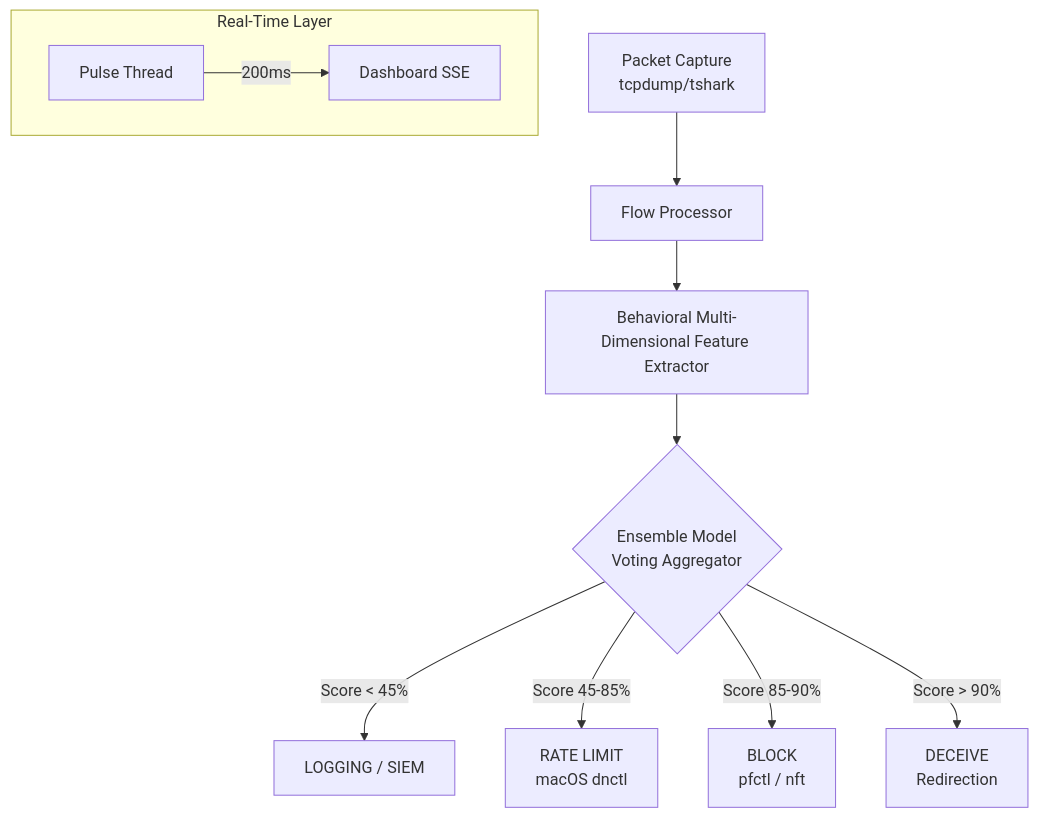
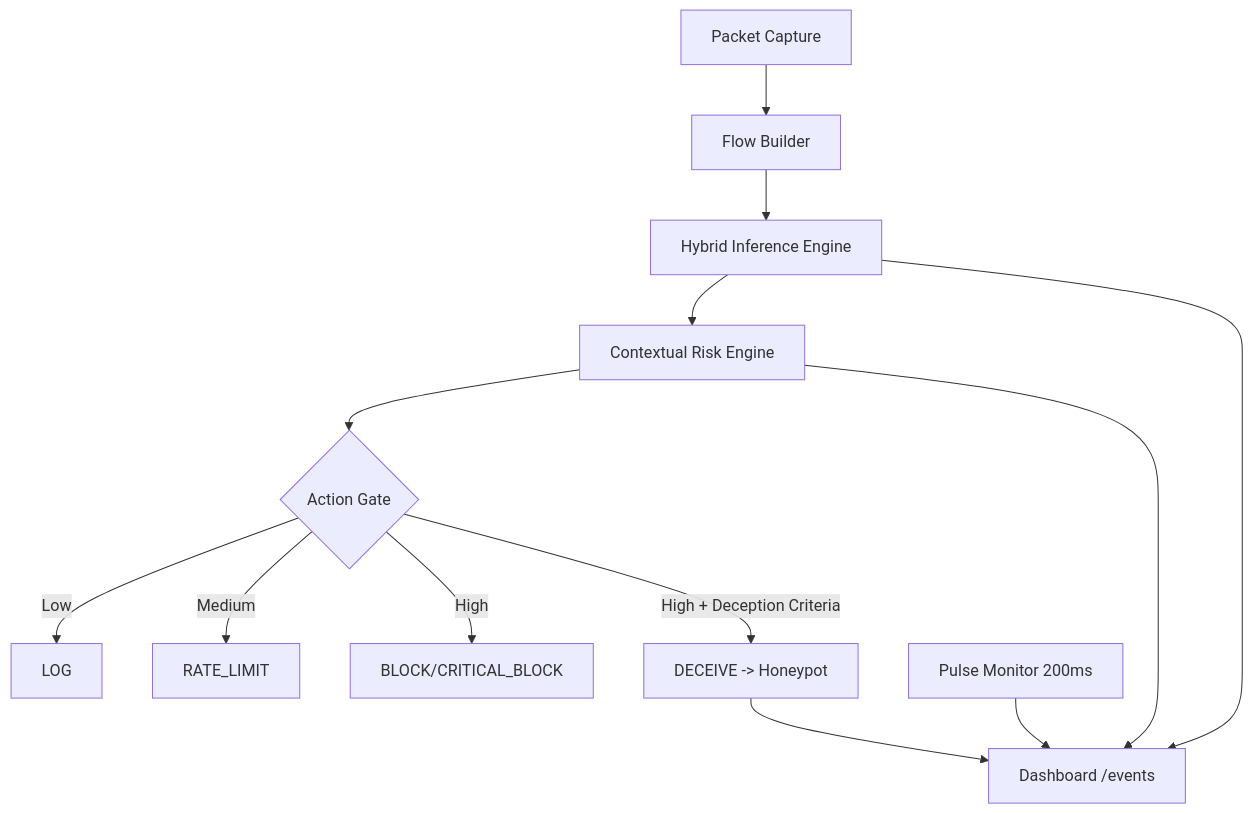
Before and after one commit to marmik/INTELLIGENT-SELF-DEFENDING-NETWORK-FRAMEWORK: the diagram in README.md, drawn with Mermaid. The commit also changed other lines of this file and 52 other files, not shown here.

````diff
--- a/README.md
+++ b/README.md
@@ -34,14 +25,16 @@
 ```mermaid
 graph TD
-    A[Packet Capture <br/> tcpdump/tshark] --> B[Flow Processor]
-    B --> C[Behavioral Multi-Dimensional Feature Extractor]
-    C --> D{Ensemble Model <br/> Voting Aggregator}
-    D -->|Score < 45%| E[LOGGING / SIEM]
-    D -->|Score 45-85%| F[RATE LIMIT <br/> macOS dnctl]
-    D -->|Score 85-90%| G[BLOCK <br/> pfctl / nft]
-    D -->|Score > 90%| H[DECEIVE <br/> Redirection]
-    
-    subgraph "Real-Time Layer"
-        P[Pulse Thread] -->|200ms| Q[Dashboard SSE]
-    end
+    A[Packet Capture] --> B[Flow Builder]
+    B --> C[Hybrid Inference Engine]
+    C --> D[Contextual Risk Engine]
+    D --> E{Action Gate}
+    E -->|Low| F[LOG]
+    E -->|Medium| G[RATE_LIMIT]
+    E -->|High| H[BLOCK/CRITICAL_BLOCK]
+    E -->|High + Deception Criteria| I[DECEIVE -> Honeypot]
+
+    J[Pulse Monitor 200ms] --> K[Dashboard /events]
+    C --> K
+    D --> K
+    I --> K
 ```
````
